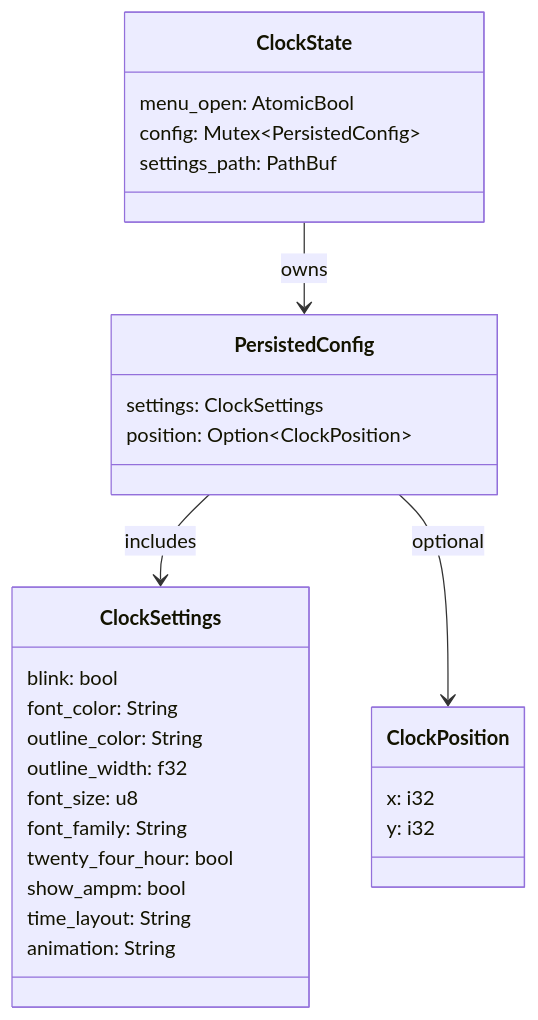
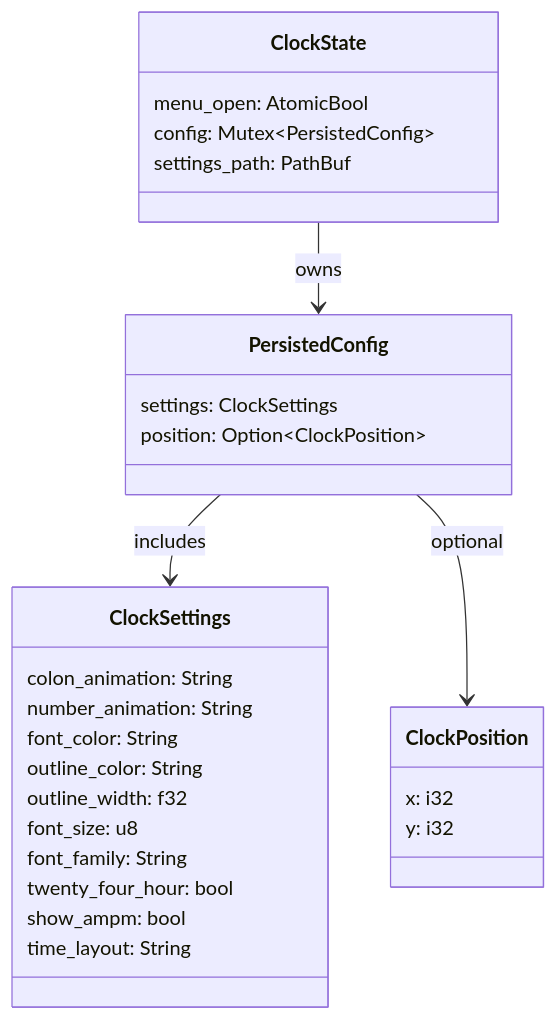
One commit to tbkmax/TopClock changed the first of 2 diagrams in src-tauri/src/doc/workflow_diagram.md. Above: the diagram before and after it, drawn with Mermaid. The commit also changed other lines of this file and 17 other files, not shown here.

````diff
--- a/src-tauri/src/doc/workflow_diagram.md
+++ b/src-tauri/src/doc/workflow_diagram.md
@@ -5,31 +5,31 @@
 ```mermaid
 classDiagram
     class ClockState {
       menu_open: AtomicBool
       config: Mutex~PersistedConfig~
       settings_path: PathBuf
     }
     class PersistedConfig {
       settings: ClockSettings
       position: Option~ClockPosition~
     }
     class ClockSettings {
-      blink: bool
+      colon_animation: String
+      number_animation: String
       font_color: String
       outline_color: String
       outline_width: f32
       font_size: u8
       font_family: String
       twenty_four_hour: bool
       show_ampm: bool
       time_layout: String
-      animation: String
     }
     class ClockPosition {
       x: i32
       y: i32
     }
     ClockState --> PersistedConfig : owns
     PersistedConfig --> ClockSettings : includes
     PersistedConfig --> ClockPosition : optional
 ```
````
